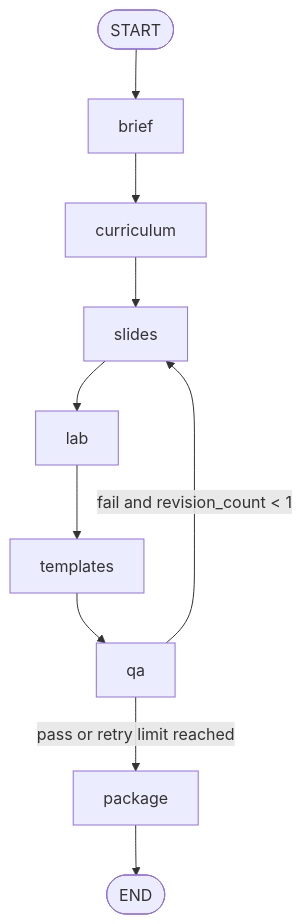
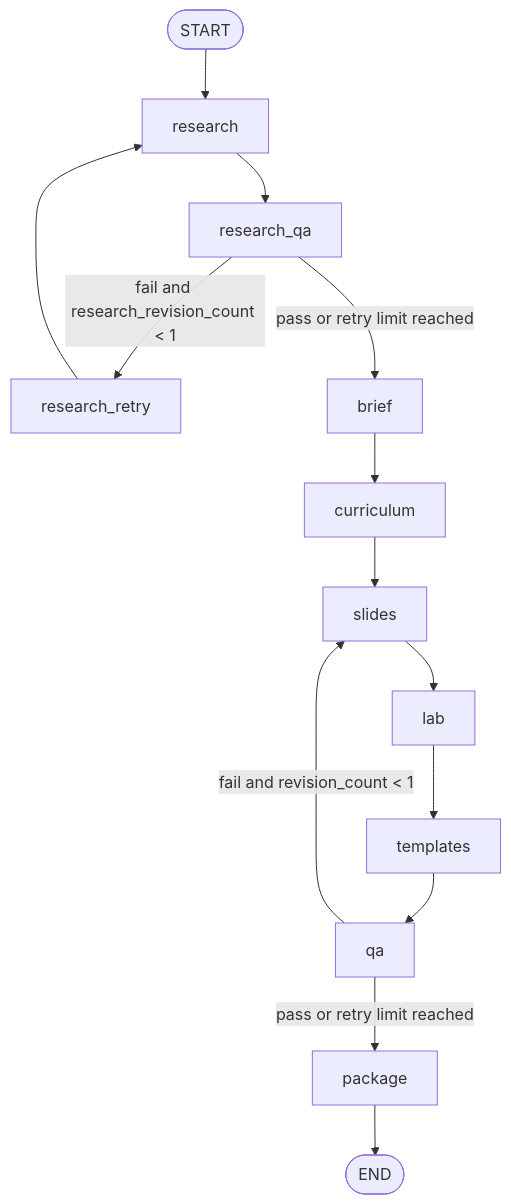
Before and after one commit to andersrmr/training-factory: the diagram in docs/graph.md, drawn with Mermaid. The commit also changed 1 other file, not shown here.

Commit message:
Update graph diagrams to include research and retry flows

````diff
--- a/docs/graph.md
+++ b/docs/graph.md
@@ -1,12 +1,16 @@
 ```mermaid
 flowchart TD
-    START([START]) --> brief[brief]
+    START([START]) --> research[research]
+    research --> research_qa[research_qa]
+    research_qa -->|fail and research_revision_count < 1| research_retry[research_retry]
+    research_retry --> research
+    research_qa -->|pass or retry limit reached| brief[brief]
     brief --> curriculum[curriculum]
     curriculum --> slides[slides]
     slides --> lab[lab]
     lab --> templates[templates]
     templates --> qa[qa]
     qa -->|fail and revision_count < 1| slides
     qa -->|pass or retry limit reached| package[package]
     package --> END([END])
 ```
````
